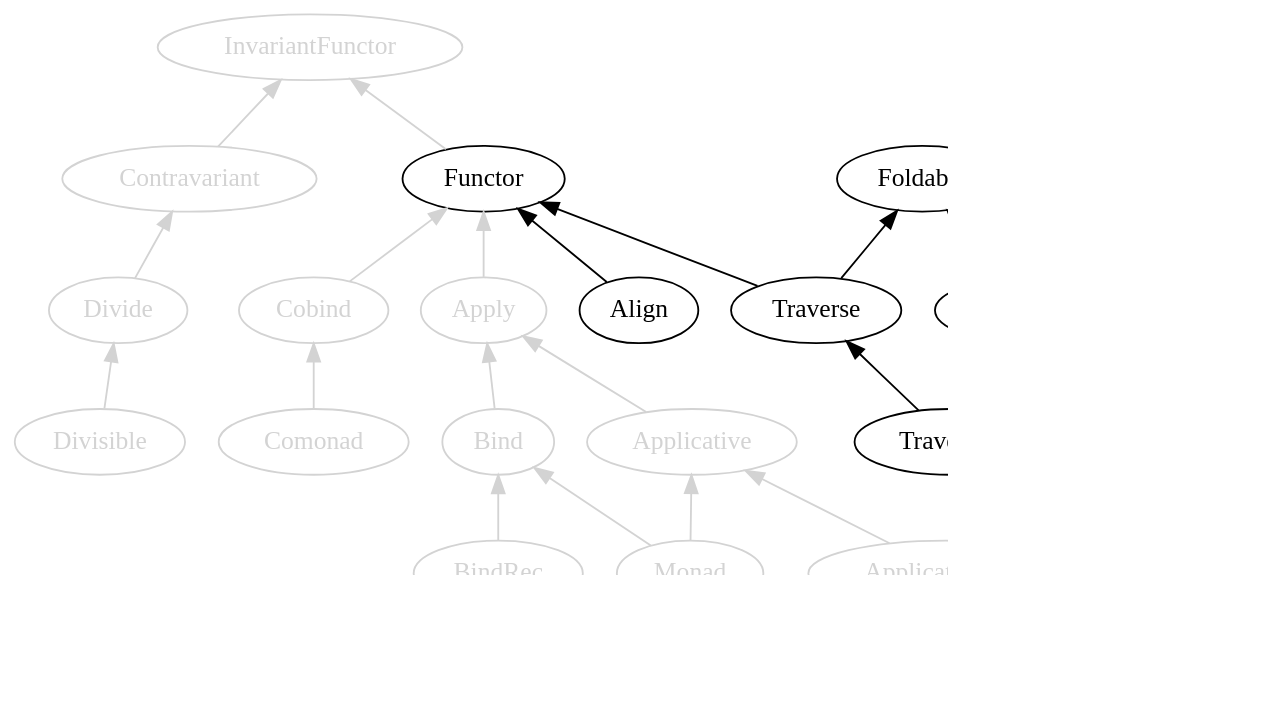
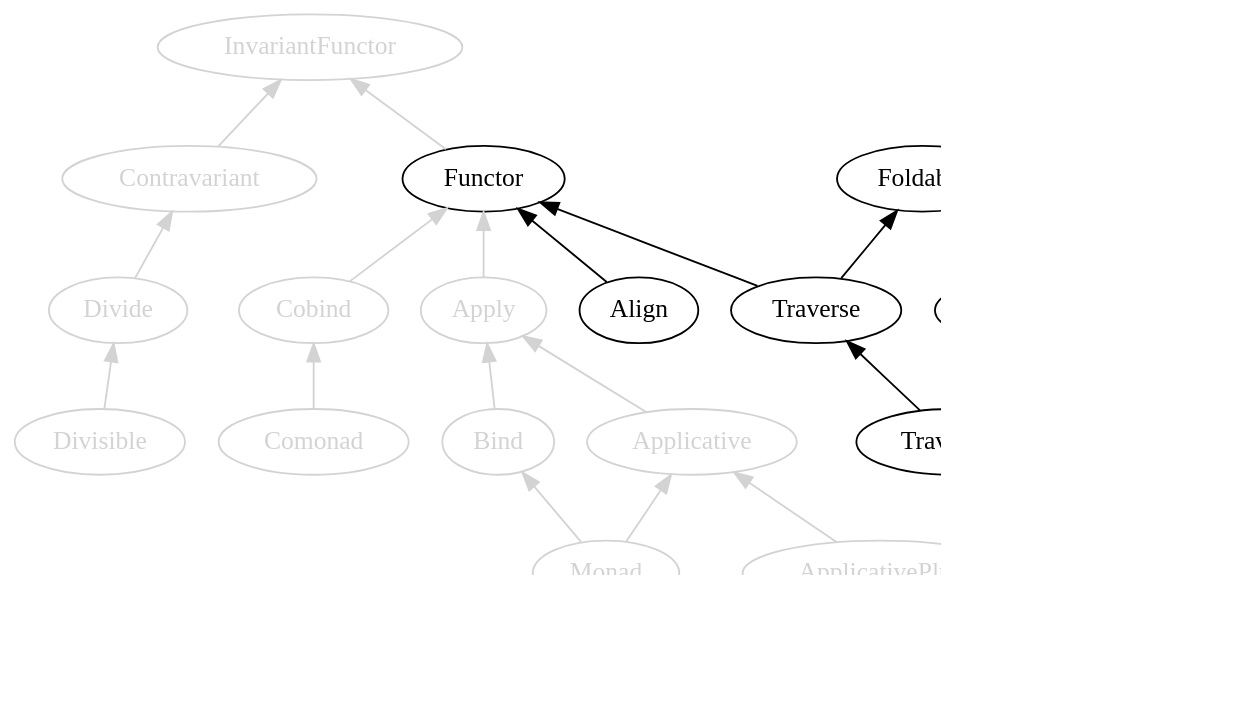
One commit to fommil/fpmortals changed the seventh of 31 diagrams in manuscript/book.org. Above: the diagram before and after it, drawn with Graphviz. The commit also changed other lines of this file, not shown here.

Commit message:
remove earlier references to BindRec

```diff
--- a/manuscript/book.org
+++ b/manuscript/book.org
@@ -3515,68 +3513,66 @@
 #+BEGIN_SRC dot :file images/scalaz-mappable.png :exports results
 digraph G {
     graph [dpi=100, rankdir=BT];
     node [fontname=Hack];
     node [fontcolor=lightgray,color=lightgray];
     edge [color=lightgray]
 
     Cobind;
     Comonad;
     Bind;
-    BindRec;
     Contravariant;
     Functor [fontcolor=black,color=black];
     InvariantFunctor;
     Functor;
     Divide;
     Divisible;
     Apply;
     Align [fontcolor=black,color=black];
     Applicative;
     Foldable1 [fontcolor=black,color=black];
     Foldable [fontcolor=black,color=black];
     Traverse [fontcolor=black,color=black];
     Traverse1 [fontcolor=black,color=black];
     Monad;
     "Advanced Monads" [style=dashed];
     Plus;
     PlusEmpty;
     IsEmpty;
     ApplicativePlus;
     MonadPlus;
 
     Cobind -> Functor;
     Comonad -> Cobind;
 
     Bind -> Apply;
-    BindRec -> Bind;
 
     Contravariant -> InvariantFunctor;
     Functor -> InvariantFunctor;
 
     Divide -> Contravariant;
     Divisible -> Divide;
     Apply -> Functor;
     Applicative -> Apply;
 
     Align -> Functor [color=black];
 
     Foldable1 -> Foldable [color=black];
     Traverse -> Functor [color=black];
     Traverse -> Foldable [color=black];
     Traverse1 -> Traverse [color=black];
     Traverse1 -> Foldable1 [color=black];
 
     Monad -> Applicative;
     "Advanced Monads" -> Monad;
     Monad -> Bind;
 
     PlusEmpty -> Plus;
     IsEmpty -> PlusEmpty;
 
     ApplicativePlus -> Applicative;
     ApplicativePlus -> PlusEmpty;
     MonadPlus -> ApplicativePlus;
     MonadPlus -> Monad;
 
 }
 #+END_SRC
```
